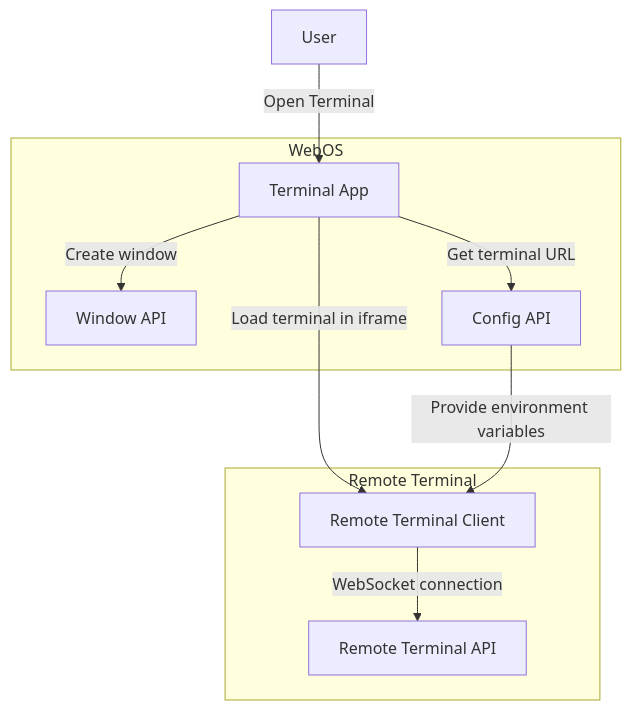
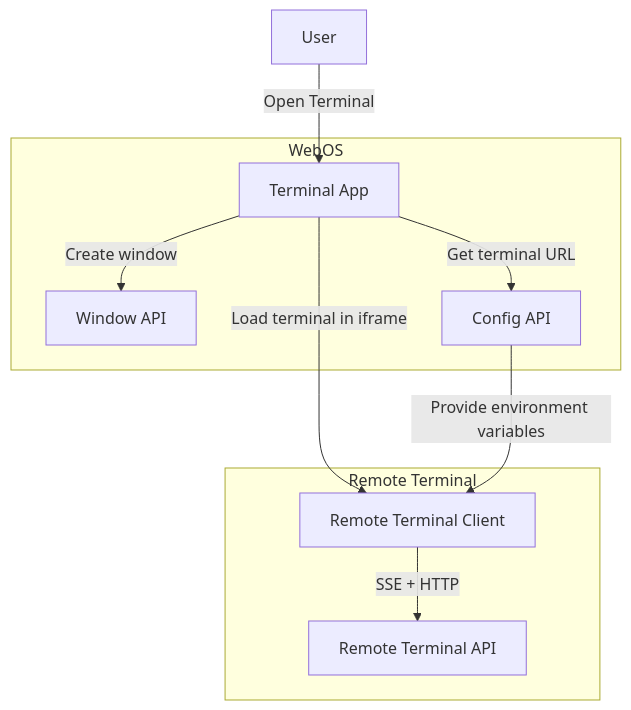
The fifth of 5 diagrams in pages/Framework/Terminal.mdx (Rydersel/EDUrange_Cloud_Docs), drawn with Mermaid before and after one commit. The commit also changed other lines of this file and 26 other files, not shown here.

Commit message:
Added new diagrams from paper and removed weird duplicated files

````diff
--- a/pages/Framework/Terminal.mdx
+++ b/pages/Framework/Terminal.mdx
@@ -274,20 +739,20 @@
 ```mermaid
 graph TD
     subgraph "WebOS"
         WA["Window API"]
         TA["Terminal App"]
         CA["Config API"]
     end
 
     subgraph "Remote Terminal"
         RC["Remote Terminal Client"]
         RA["Remote Terminal API"]
     end
 
     User["User"] -->|"Open Terminal"| TA
     TA -->|"Get terminal URL"| CA
     TA -->|"Create window"| WA
     TA -->|"Load terminal in iframe"| RC
-    RC -->|"WebSocket connection"| RA
+    RC -->|"SSE + HTTP"| RA
     CA -->|"Provide environment variables"| RC
 ```
````
